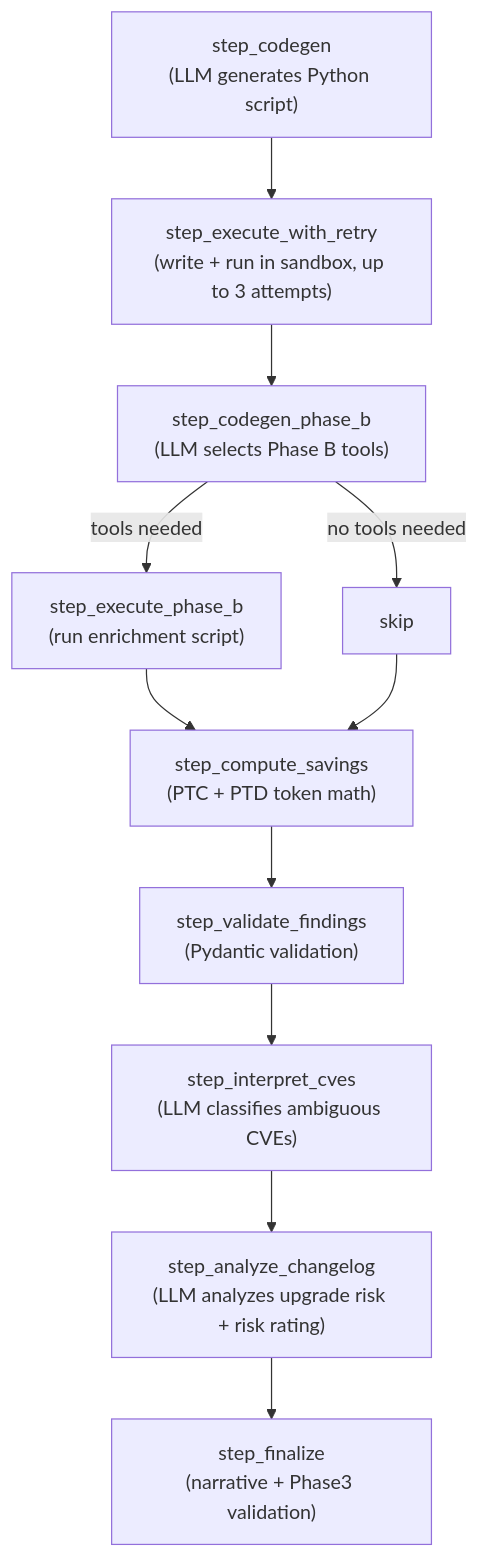
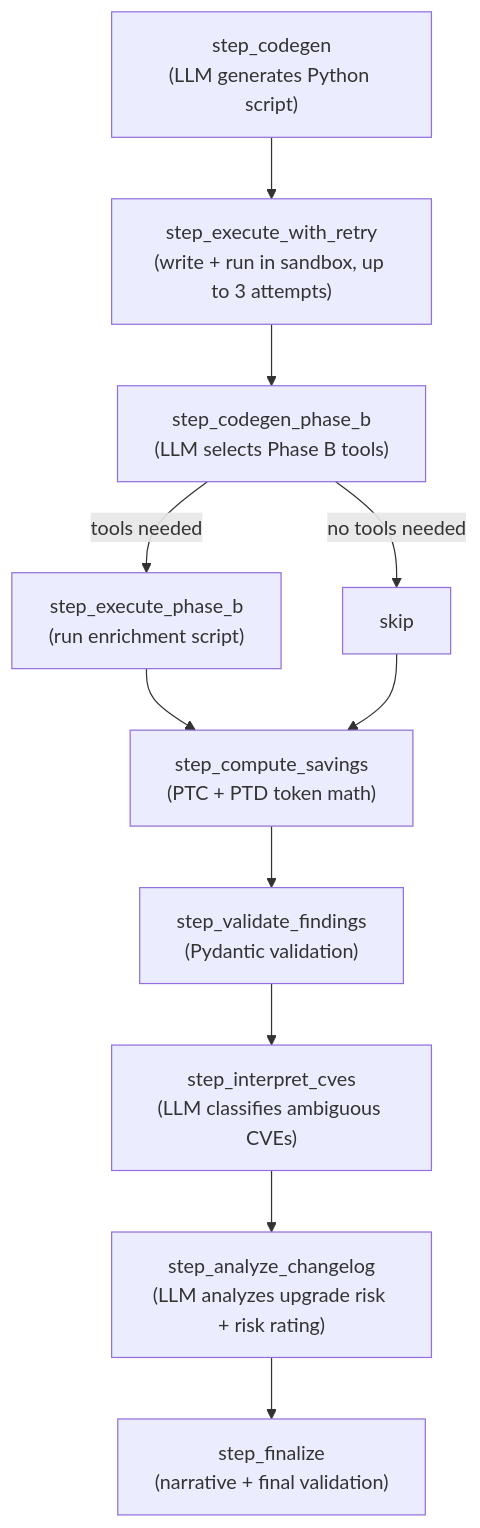
One commit to shuknk8s/pypkg-audit-ptc-agent changed the sixth of 6 diagrams in ARCHITECTURE.md. Above: the diagram before and after it, drawn with Mermaid. The commit also changed other lines of this file and 1 other file, not shown here.

First line of the commit message:
docs: improve README and ARCHITECTURE for publication readability

````diff
--- a/ARCHITECTURE.md
+++ b/ARCHITECTURE.md
@@ -239,13 +271,13 @@
 ```mermaid
 flowchart TD
     A["step_codegen\n(LLM generates Python script)"] --> B["step_execute_with_retry\n(write + run in sandbox, up to 3 attempts)"]
     B --> C["step_codegen_phase_b\n(LLM selects Phase B tools)"]
     C -->|tools needed| D["step_execute_phase_b\n(run enrichment script)"]
     C -->|no tools needed| E["skip"]
     D --> F["step_compute_savings\n(PTC + PTD token math)"]
     E --> F
     F --> G["step_validate_findings\n(Pydantic validation)"]
     G --> H["step_interpret_cves\n(LLM classifies ambiguous CVEs)"]
     H --> I["step_analyze_changelog\n(LLM analyzes upgrade risk + risk rating)"]
-    I --> J["step_finalize\n(narrative + Phase3 validation)"]
+    I --> J["step_finalize\n(narrative + final validation)"]
 ```
````
